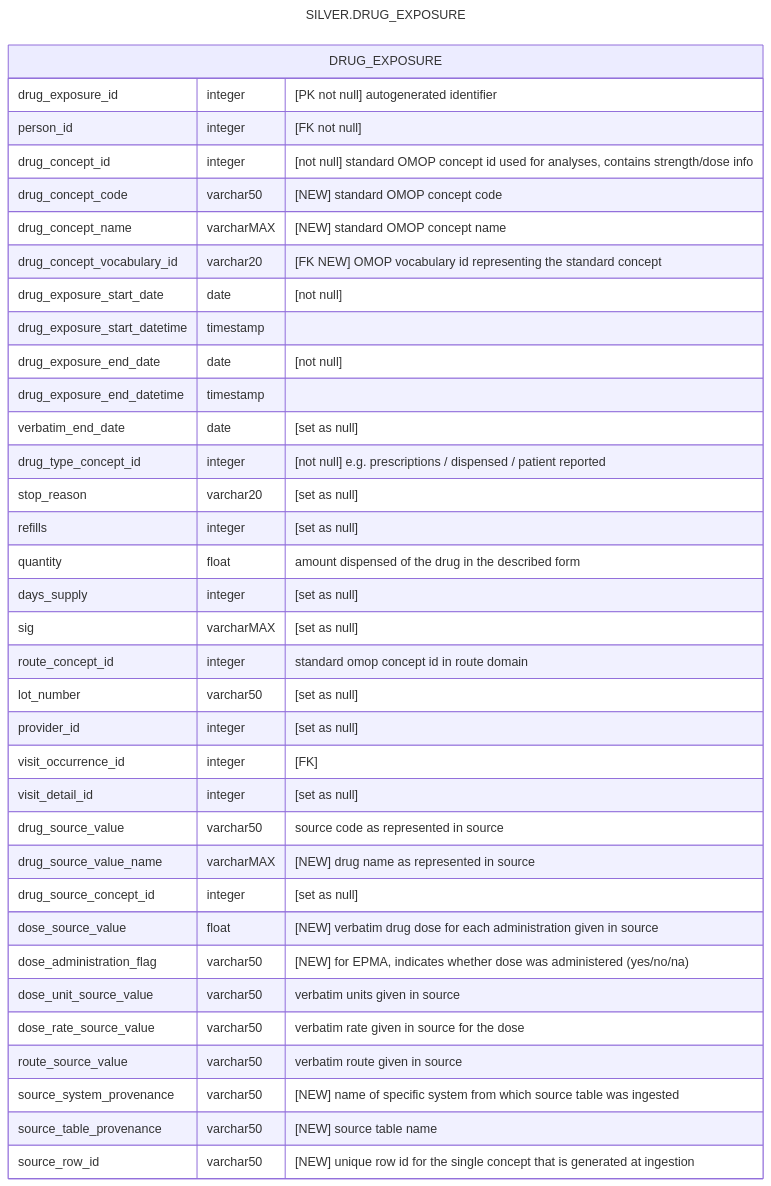
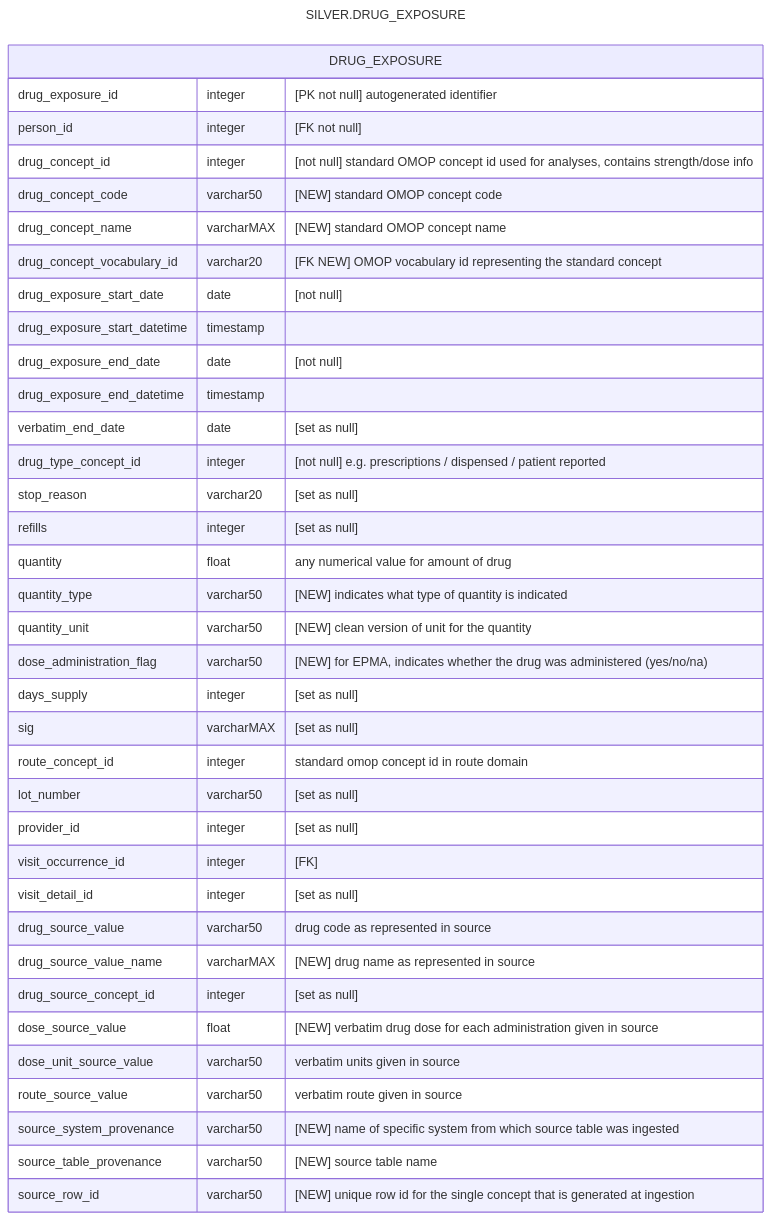
The second of 2 diagrams in pages/data_model/cdm_drug_exposure.qmd (d3london/sde_aic_external_docs), drawn with Mermaid before and after one commit. The commit also changed other lines of this file and 9 other files, not shown here.

````diff
--- a/pages/data_model/cdm_drug_exposure.qmd
+++ b/pages/data_model/cdm_drug_exposure.qmd
@@ -50,41 +49,42 @@
 ```{mermaid}
 ---
 title: SILVER.DRUG_EXPOSURE
 ---
 erDiagram
     DRUG_EXPOSURE {
         drug_exposure_id integer "[PK not null] autogenerated identifier"
         person_id integer "[FK not null]"
         drug_concept_id integer "[not null] standard OMOP concept id used for analyses, contains strength/dose info"
         drug_concept_code varchar50 "[NEW] standard OMOP concept code"
         drug_concept_name varcharMAX "[NEW] standard OMOP concept name"
         drug_concept_vocabulary_id varchar20 "[FK NEW] OMOP vocabulary id representing the standard concept"        
         drug_exposure_start_date date "[not null]"
         drug_exposure_start_datetime timestamp
         drug_exposure_end_date date "[not null]"
         drug_exposure_end_datetime timestamp
         verbatim_end_date date "[set as null]"
         drug_type_concept_id integer "[not null] e.g. prescriptions / dispensed / patient reported"
         stop_reason varchar20 "[set as null]"
         refills integer "[set as null]"
-        quantity float "amount dispensed of the drug in the described form"
+        quantity float "any numerical value for amount of drug"
+        quantity_type varchar50 "[NEW] indicates what type of quantity is indicated"
+        quantity_unit varchar50 "[NEW] clean version of unit for the quantity"
+        dose_administration_flag varchar50 "[NEW] for EPMA, indicates whether the drug was administered (yes/no/na)"        
         days_supply integer "[set as null]"
         sig varcharMAX "[set as null]"
         route_concept_id integer "standard omop concept id in route domain"
         lot_number varchar50 "[set as null]"
         provider_id integer "[set as null]"
         visit_occurrence_id integer "[FK]"
         visit_detail_id integer "[set as null]"
-        drug_source_value varchar50 "source code as represented in source"
+        drug_source_value varchar50 "drug code as represented in source"
         drug_source_value_name varcharMAX "[NEW] drug name as represented in source"        
         drug_source_concept_id integer "[set as null]"
         dose_source_value float "[NEW] verbatim drug dose for each administration given in source"
-        dose_administration_flag varchar50 "[NEW] for EPMA, indicates whether dose was administered (yes/no/na)"
         dose_unit_source_value varchar50 "verbatim units given in source"
-        dose_rate_source_value varchar50 "verbatim rate given in source for the dose"
         route_source_value varchar50 "verbatim route given in source"
         source_system_provenance varchar50 "[NEW] name of specific system from which source table was ingested"
         source_table_provenance varchar50 "[NEW] source table name"
         source_row_id varchar50 "[NEW] unique row id for the single concept that is generated at ingestion"        
     }
 ```
````
